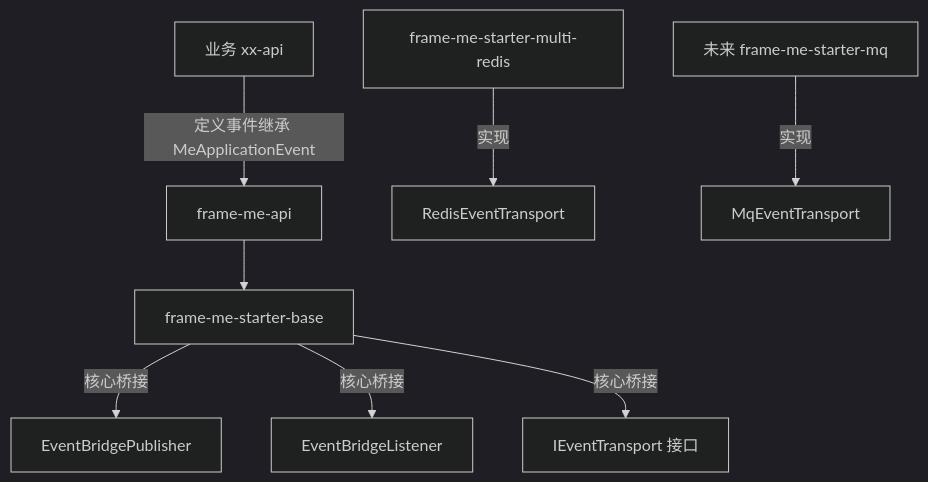
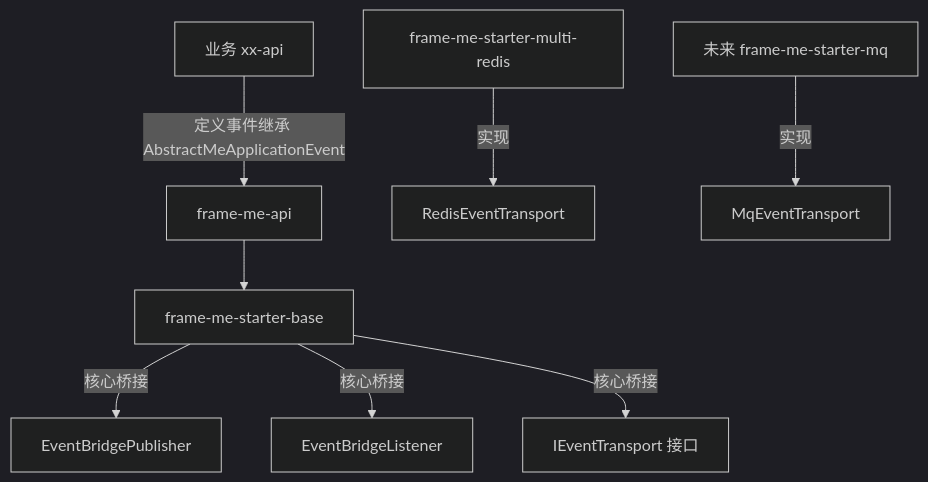
The first of 6 diagrams in docs/guides/event-bridge.md (douhao4648/frame-me-parent), drawn with Mermaid (dark theme) before and after one commit. The commit also changed other lines of this file and 52 other files, not shown here.

````diff
--- a/docs/guides/event-bridge.md
+++ b/docs/guides/event-bridge.md
@@ -42,10 +42,10 @@
 ```mermaid
 graph TD
-    A[业务 xx-api] -->|定义事件继承 MeApplicationEvent| B[frame-me-api]
+    A[业务 xx-api] -->|定义事件继承 AbstractMeApplicationEvent| B[frame-me-api]
     B --> C[frame-me-starter-base]
     C -->|核心桥接| D[EventBridgePublisher]
     C -->|核心桥接| E[EventBridgeListener]
     C -->|核心桥接| F[IEventTransport 接口]
     G[frame-me-starter-multi-redis] -->|实现| H[RedisEventTransport]
     I[未来 frame-me-starter-mq] -->|实现| J[MqEventTransport]
 ```
````
